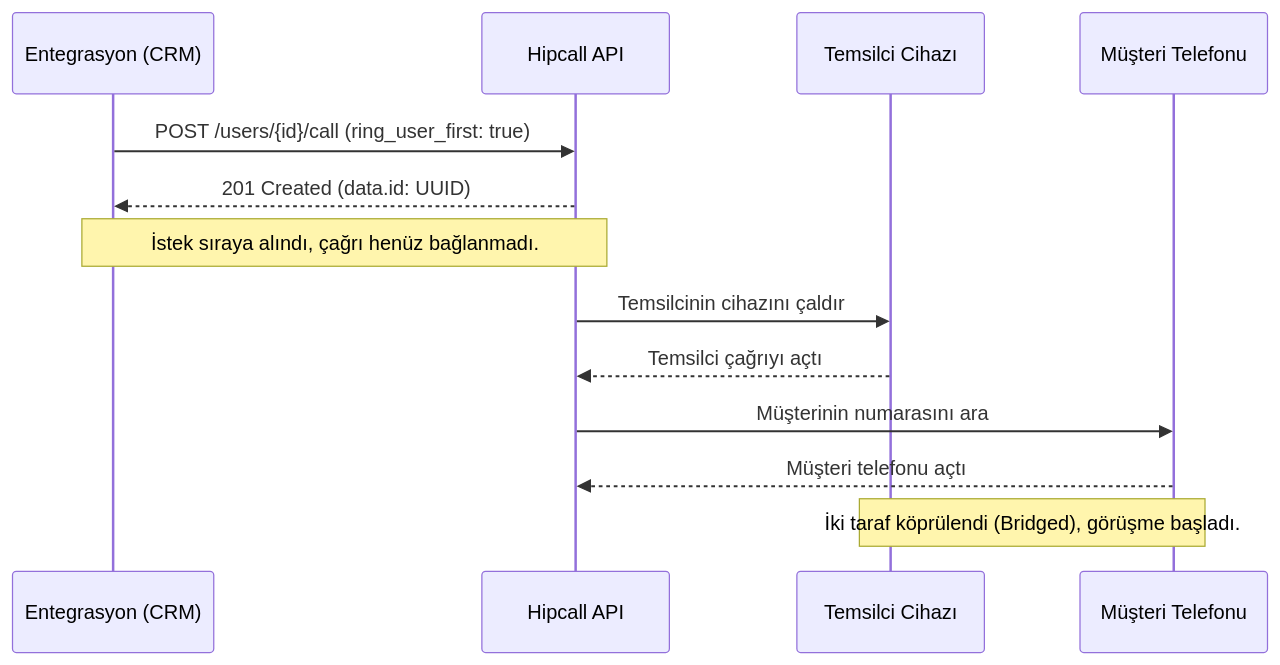
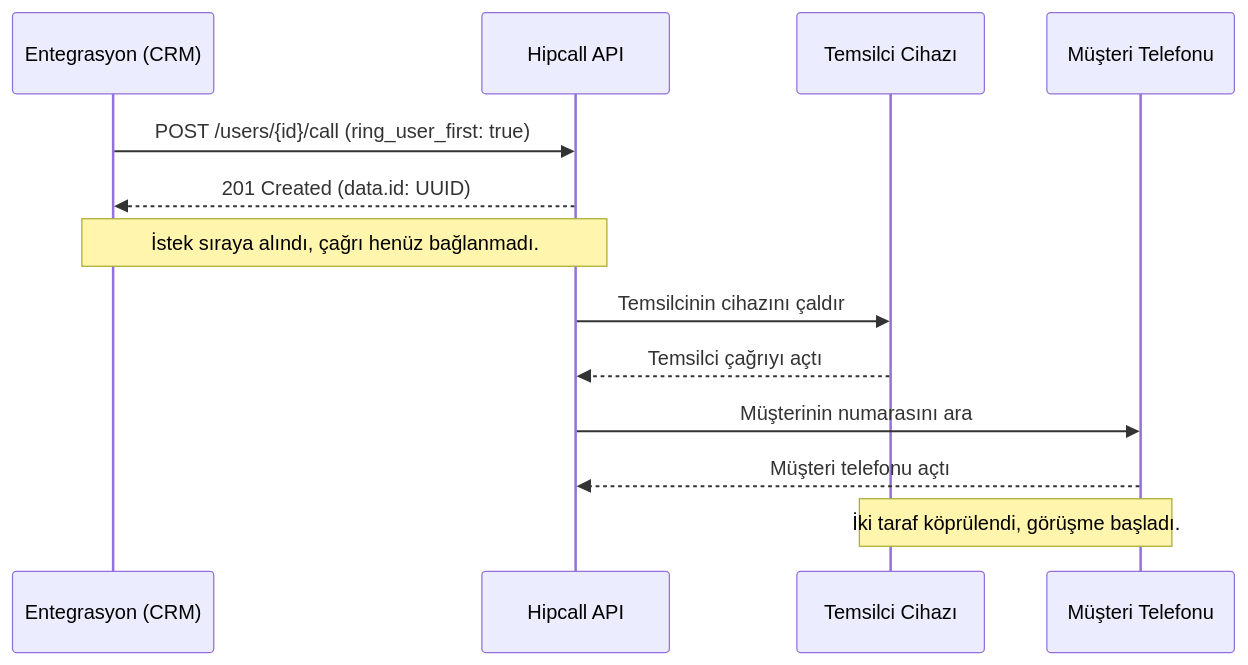
The diagram in blog/tr/03/giden-aramalarda-numara-maskeleme.md (hipcall/2026-internship), drawn with Mermaid before and after one commit. The commit also changed other lines of this file and 9 other files, not shown here.

````diff
--- a/blog/tr/03/giden-aramalarda-numara-maskeleme.md
+++ b/blog/tr/03/giden-aramalarda-numara-maskeleme.md
@@ -219,16 +126,16 @@
 ```mermaid
 sequenceDiagram
     participant App as Entegrasyon (CRM)
     participant API as Hipcall API
     participant Agent as Temsilci Cihazı
     participant Customer as Müşteri Telefonu
 
     App->>API: POST /users/{id}/call (ring_user_first: true)
     API-->>App: 201 Created (data.id: UUID)
     Note over App,API: İstek sıraya alındı, çağrı henüz bağlanmadı.
     API->>Agent: Temsilcinin cihazını çaldır
     Agent-->>API: Temsilci çağrıyı açtı
     API->>Customer: Müşterinin numarasını ara
     Customer-->>API: Müşteri telefonu açtı
-    Note over Agent,Customer: İki taraf köprülendi (Bridged), görüşme başladı.
+    Note over Agent,Customer: İki taraf köprülendi, görüşme başladı.
 ```
````
